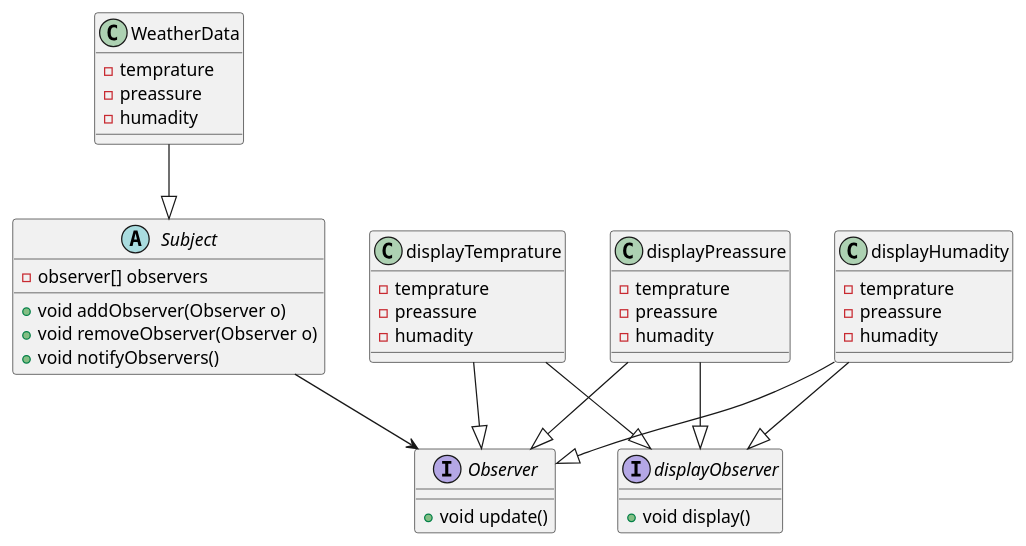
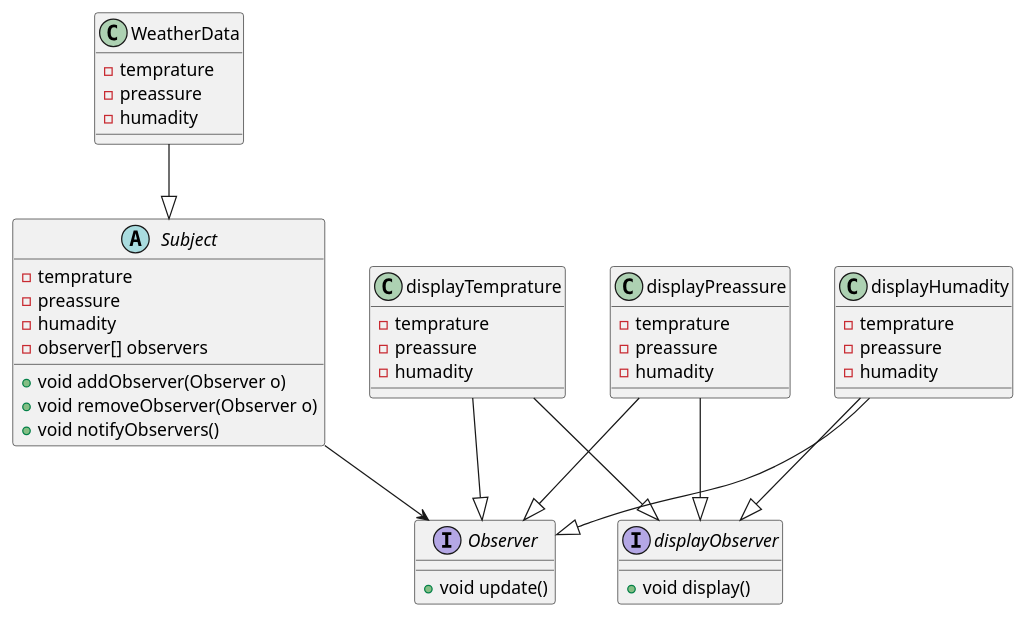
Before and after one commit to aamer867/designPatterns: the diagram in observerPattern/docs/uml/observerPattern.puml, drawn with PlantUML. The commit also changed 8 other files, not shown here.

```diff
--- a/observerPattern/docs/uml/observerPattern.puml
+++ b/observerPattern/docs/uml/observerPattern.puml
@@ -1,51 +1,55 @@
 @startuml
 abstract class Subject {
+
+    - temprature
+    - preassure
+    - humadity
     - observer[] observers
 
     + void addObserver(Observer o)
     + void removeObserver(Observer o)
     + void notifyObservers()
 }
 
 interface Observer{
     + void update()
 }
 
 interface displayObserver {
     + void display()
 }
 
 class WeatherData {
     - temprature
     - preassure
     - humadity
 }
 
 Subject --> Observer
 WeatherData --|> Subject
 
 class displayTemprature {
     - temprature
     - preassure
     - humadity
 }
 displayTemprature --|> displayObserver
 displayTemprature --|> Observer
 
 class displayPreassure {
     - temprature
     - preassure
     - humadity
 }
 displayPreassure --|> displayObserver
 displayPreassure --|> Observer
 
 class displayHumadity {
     - temprature
     - preassure
     - humadity
 }
 displayHumadity --|> displayObserver
 displayHumadity --|> Observer
 
 @enduml
```
